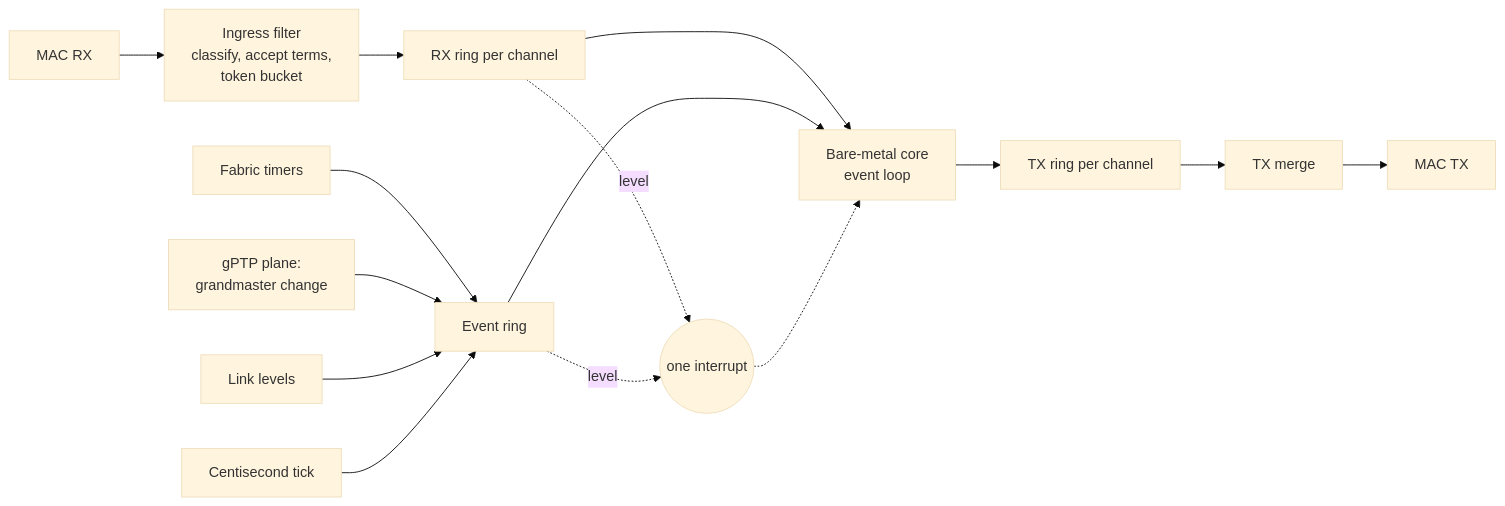
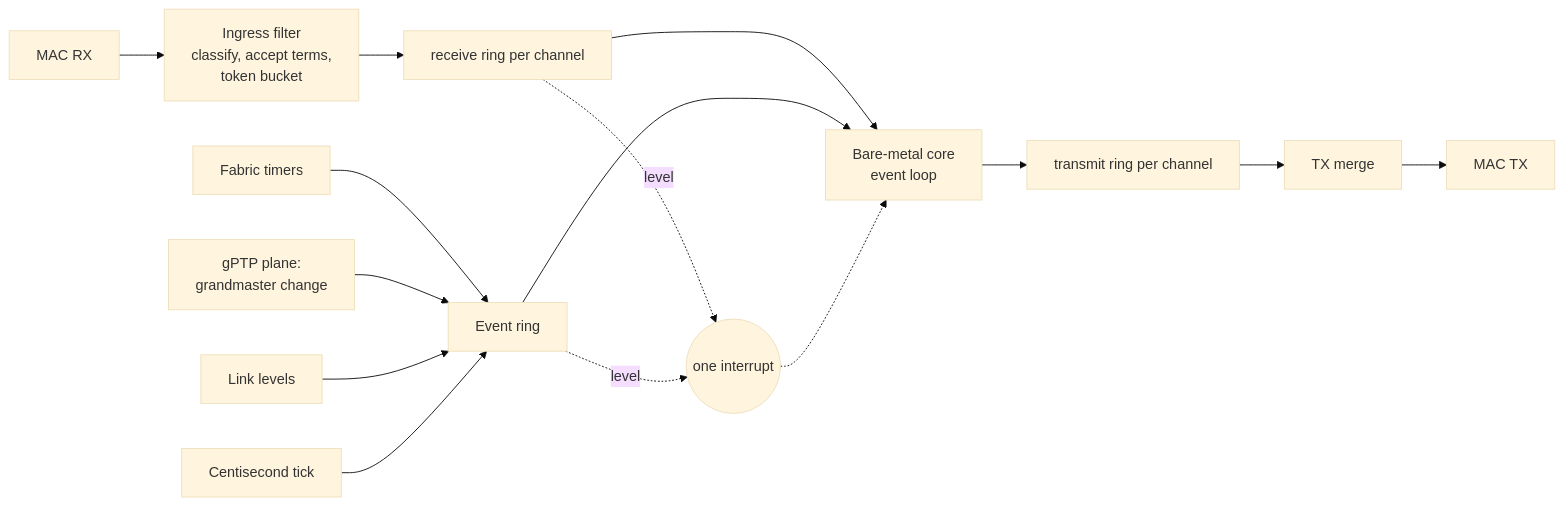
Before and after one commit to kebag-logic/milan-fpga: the first of 2 diagrams in docs/design/MAILBOX_SPLIT.md, drawn with Mermaid (base theme). The commit also changed other lines of this file and 15 other files, not shown here.

Commit message:
Name the mailbox rings receive and transmit rings, the wording the bare-metal scope gate allows (#665 F0)

````diff
--- a/docs/design/MAILBOX_SPLIT.md
+++ b/docs/design/MAILBOX_SPLIT.md
@@ -36,16 +36,16 @@
 ```mermaid
 flowchart LR
     MAC[MAC RX] --> F[Ingress filter<br/>classify, accept terms,<br/>token bucket]
-    F --> RX[RX ring per channel]
+    F --> RX[receive ring per channel]
     RX --> CORE[Bare-metal core<br/>event loop]
-    CORE --> TX[TX ring per channel]
+    CORE --> TX[transmit ring per channel]
     TX --> M[TX merge] --> MACTX[MAC TX]
     T[Fabric timers] --> E[Event ring]
     GM[gPTP plane:<br/>grandmaster change] --> E
     L[Link levels] --> E
     K[Centisecond tick] --> E
     E --> CORE
     RX -. level .-> IRQ((one interrupt))
     E -. level .-> IRQ
     IRQ -.-> CORE
 ```
````
